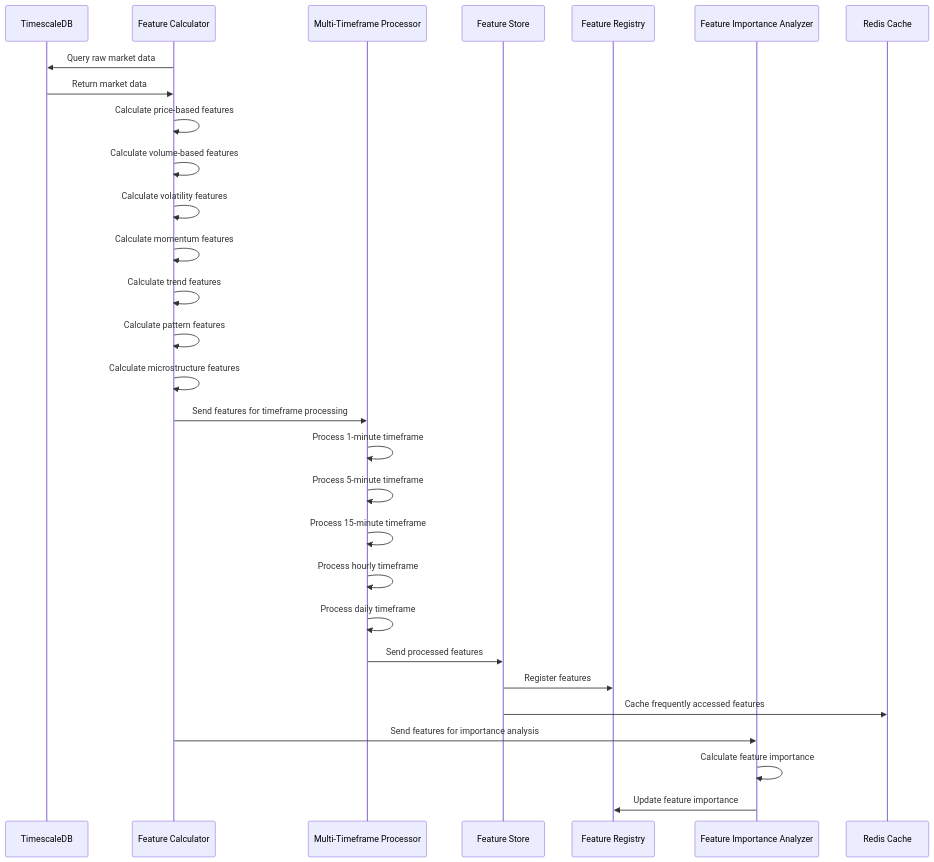
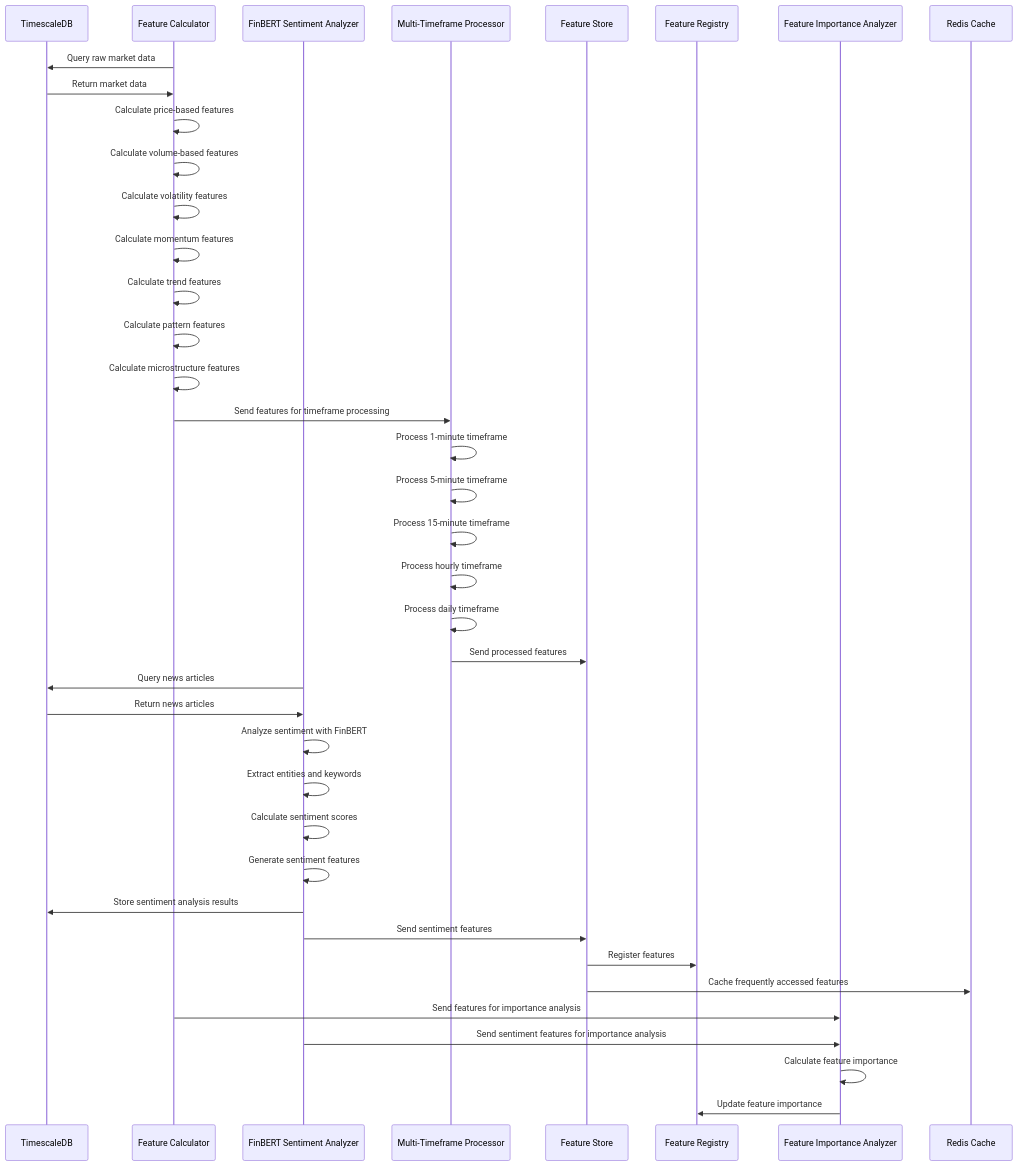
Before and after one commit to Slusheeking/INAVVI_0.0.1: the fifth of 18 diagrams in autonomous_trading_system/docs/03_autonomous_trading_system_workflow.md, drawn with Mermaid. The commit also changed other lines of this file and 1393 other files, not shown here.

Commit message:
Add FinBERT sentiment analysis and GPU hardware support

````diff
--- a/autonomous_trading_system/docs/03_autonomous_trading_system_workflow.md
+++ b/autonomous_trading_system/docs/03_autonomous_trading_system_workflow.md
@@ -175,38 +179,49 @@
 ```mermaid
 sequenceDiagram
     participant TS1 as TimescaleDB
     participant FC as Feature Calculator
+    participant FSA as FinBERT Sentiment Analyzer
     participant MTP as Multi-Timeframe Processor
     participant FS as Feature Store
     participant FR as Feature Registry
     participant FIA as Feature Importance Analyzer
     participant RC as Redis Cache
     
     FC->>TS1: Query raw market data
     TS1->>FC: Return market data
     
     FC->>FC: Calculate price-based features
     FC->>FC: Calculate volume-based features
     FC->>FC: Calculate volatility features
     FC->>FC: Calculate momentum features
     FC->>FC: Calculate trend features
     FC->>FC: Calculate pattern features
     FC->>FC: Calculate microstructure features
     
     FC->>MTP: Send features for timeframe processing
     
     MTP->>MTP: Process 1-minute timeframe
     MTP->>MTP: Process 5-minute timeframe
     MTP->>MTP: Process 15-minute timeframe
     MTP->>MTP: Process hourly timeframe
     MTP->>MTP: Process daily timeframe
     
     MTP->>FS: Send processed features
     
+    FSA->>TS1: Query news articles
+    TS1->>FSA: Return news articles
+    FSA->>FSA: Analyze sentiment with FinBERT
+    FSA->>FSA: Extract entities and keywords
+    FSA->>FSA: Calculate sentiment scores
+    FSA->>FSA: Generate sentiment features
+    FSA->>TS1: Store sentiment analysis results
+    FSA->>FS: Send sentiment features
+    
     FS->>FR: Register features
     FS->>RC: Cache frequently accessed features
     
     FC->>FIA: Send features for importance analysis
+    FSA->>FIA: Send sentiment features for importance analysis
     FIA->>FIA: Calculate feature importance
     FIA->>FR: Update feature importance
 ```
````
